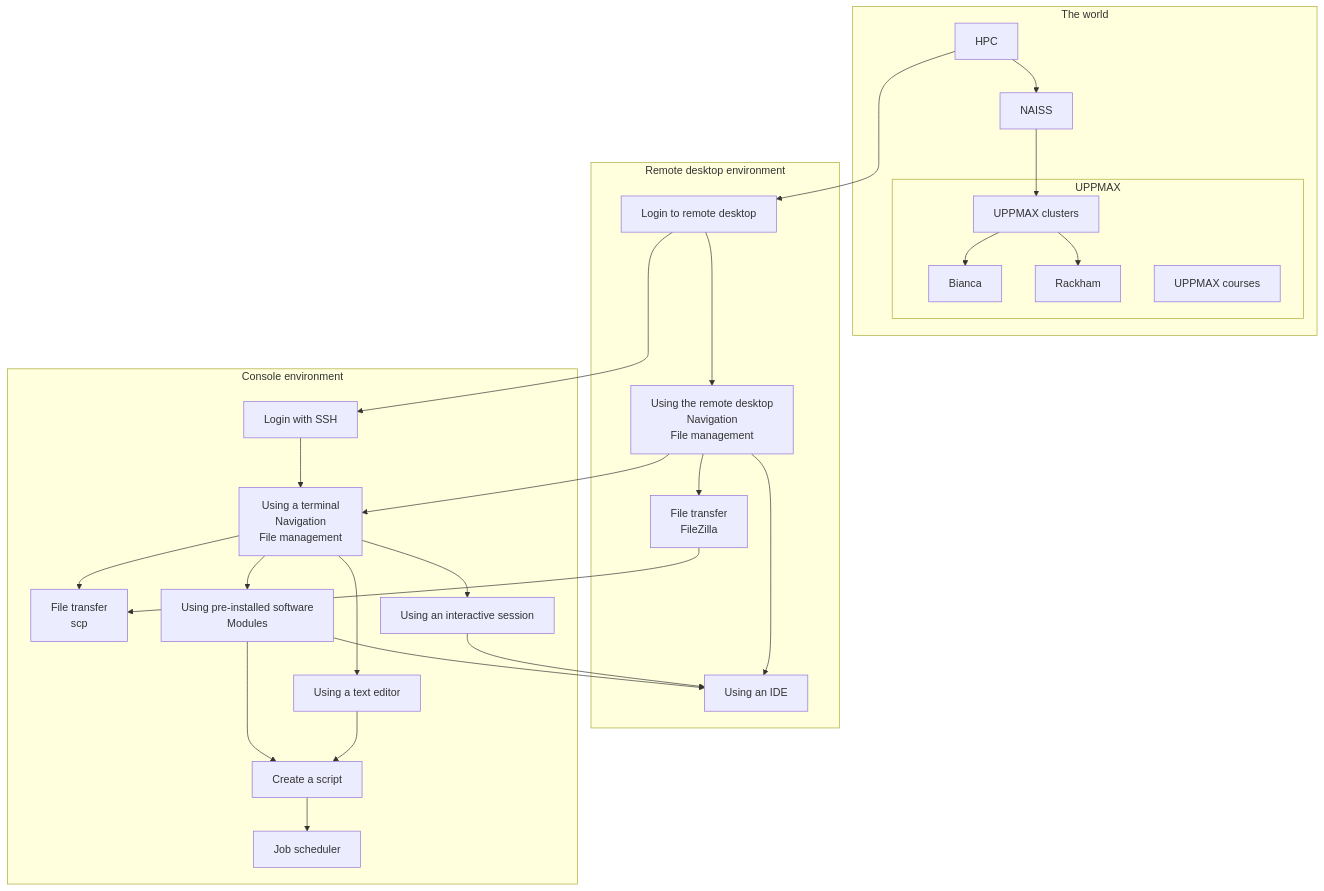
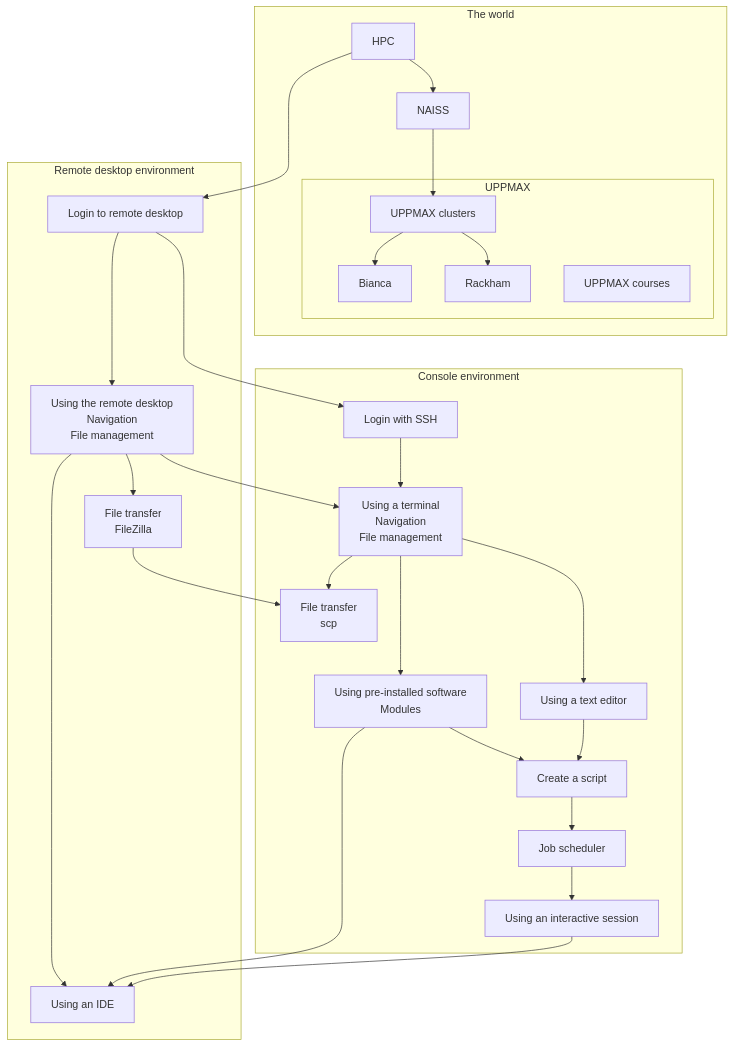
One commit to UPPMAX/uppmax_intro_day_1 changed the diagram in docs/overviews/uppmax_intro_day_1.md. Above: the diagram before and after it, drawn with Mermaid. The commit also changed 6 other files, not shown here.

````diff
--- a/docs/overviews/uppmax_intro_day_1.md
+++ b/docs/overviews/uppmax_intro_day_1.md
@@ -3,62 +3,62 @@
 ```mermaid
 flowchart TD
   subgraph world[The world]
     hpc[HPC]
     naiss[NAISS]
   subgraph uppmax[UPPMAX]
       uppmax_clusters[UPPMAX clusters]
       bianca[Bianca]
       rackham[Rackham]
       uppmax_courses[UPPMAX courses]
     end
   end
   subgraph remote_desktop[Remote desktop environment]
     login_remote_desktop[Login to remote desktop]
     use_remote_desktop[Using the remote desktop\nNavigation\nFile management]
     file_transfer_filezilla[File transfer\nFileZilla]
     use_ide[Using an IDE]
   end
   subgraph console[Console environment]
     login_ssh[Login with SSH]
     use_terminal[Using a terminal\nNavigation\nFile management]
     scripts[Create a script]
     file_transfer_scp[File transfer\nscp]
     modules[Using pre-installed software\nModules]
     interactive[Using an interactive session]
     job_scheduler[Job scheduler]
     text_editor[Using a text editor]
   end
 
   hpc ---> login_remote_desktop
 
   %% UPPMAX
   hpc --> naiss
   naiss --> uppmax_clusters
   uppmax_clusters --> bianca
   uppmax_clusters --> rackham
 
   %% GUI
   login_remote_desktop ---> use_remote_desktop
   use_remote_desktop --> file_transfer_filezilla
   use_remote_desktop --> use_ide
 
   %% Console
   login_ssh --> use_terminal
   use_terminal --> file_transfer_scp
   use_terminal --> modules
   scripts --> job_scheduler
   modules --> scripts
   use_terminal ---> text_editor
-  use_terminal --> interactive
+  job_scheduler --> interactive
   text_editor --> scripts
 
   %% console -> GUI
   modules --> use_ide
   
 
   %% GUI -> console
   login_remote_desktop --> login_ssh
   use_remote_desktop --> use_terminal
   file_transfer_filezilla --> file_transfer_scp  
   interactive --> use_ide
 ```
````
